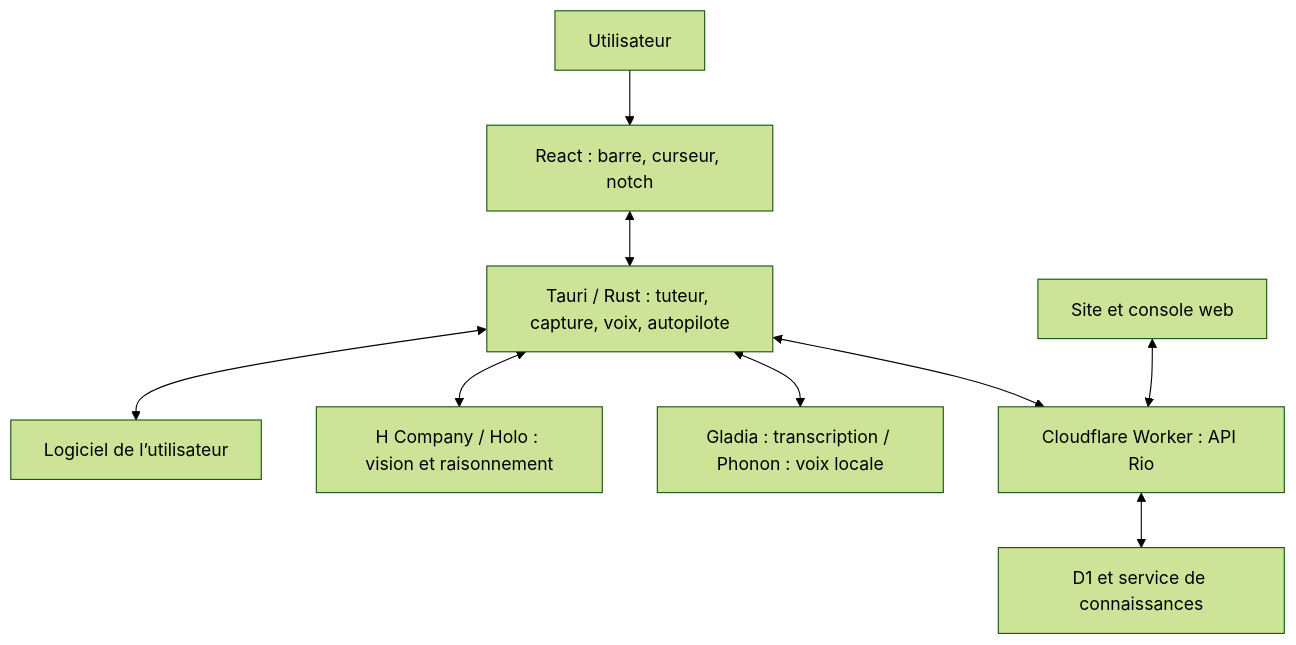
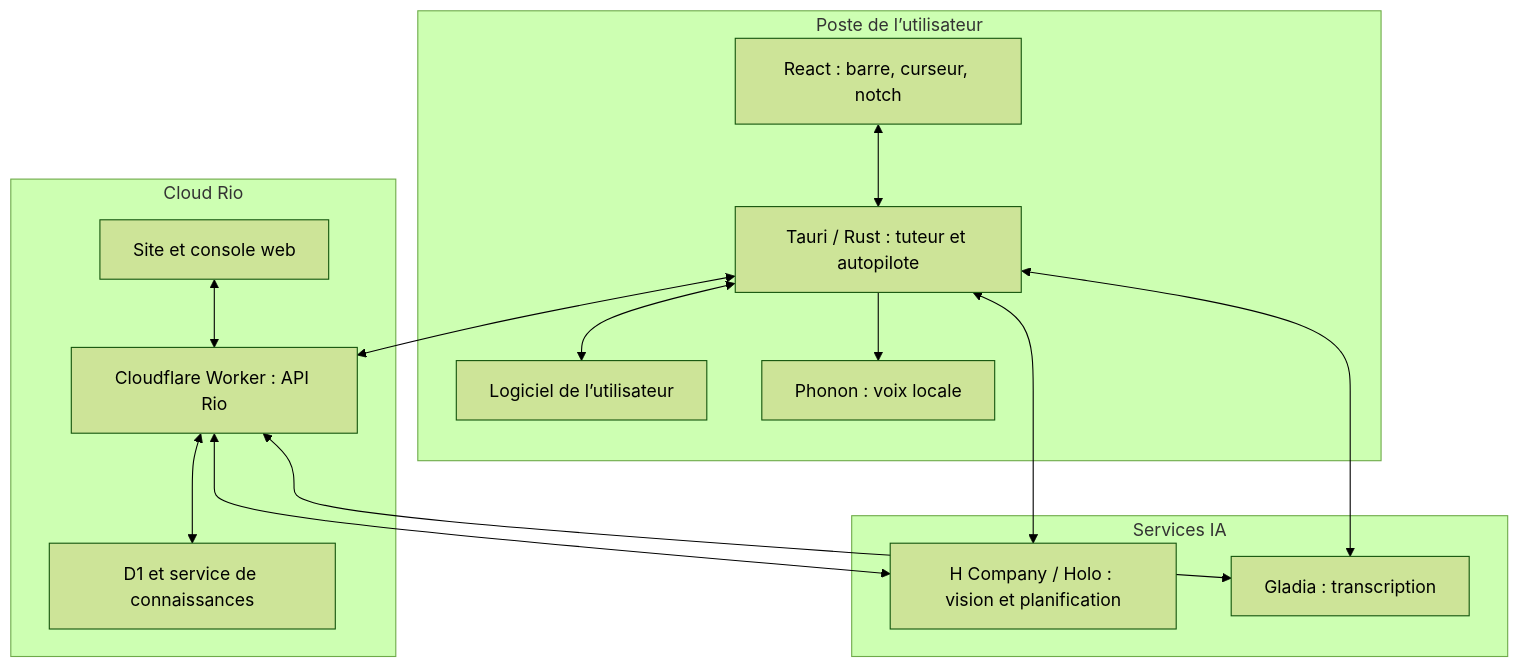
One commit to talal95c/Hcompany-Hack changed the second of 2 diagrams in README.md. Above: the diagram before and after it, drawn with Mermaid (forest theme). The commit also changed other lines of this file, not shown here.

Commit message:
docs: add visual Rio hook CTAs and journey diagrams

````diff
--- a/README.md
+++ b/README.md
@@ -33,11 +58,28 @@
 ```mermaid
 flowchart TD
-    User[Utilisateur] --> UI[React : barre, curseur, notch]
-    UI <--> Desktop[Tauri / Rust : tuteur, capture, voix, autopilote]
-    Desktop <--> App[Logiciel de l’utilisateur]
-    Desktop <--> Holo[H Company / Holo : vision et raisonnement]
-    Desktop <--> Voice[Gladia : transcription / Phonon : voix locale]
-    Desktop <--> API[Cloudflare Worker : API Rio]
-    Web[Site et console web] <--> API
-    API <--> Data[D1 et service de connaissances]
+    subgraph Local["Poste de l’utilisateur"]
+        UI["React : barre, curseur, notch"]
+        Desktop["Tauri / Rust : tuteur et autopilote"]
+        App["Logiciel de l’utilisateur"]
+        Voice["Phonon : voix locale"]
+        UI <--> Desktop
+        Desktop <--> App
+        Desktop --> Voice
+    end
+    subgraph Cloud["Cloud Rio"]
+        Web["Site et console web"]
+        API["Cloudflare Worker : API Rio"]
+        Data["D1 et service de connaissances"]
+        Web <--> API
+        API <--> Data
+    end
+    subgraph AI["Services IA"]
+        Holo["H Company / Holo : vision et planification"]
+        Gladia["Gladia : transcription"]
+    end
+    Desktop <--> Holo
+    Desktop <--> Gladia
+    Desktop <--> API
+    API <--> Holo
+    API <--> Gladia
 ```
````
